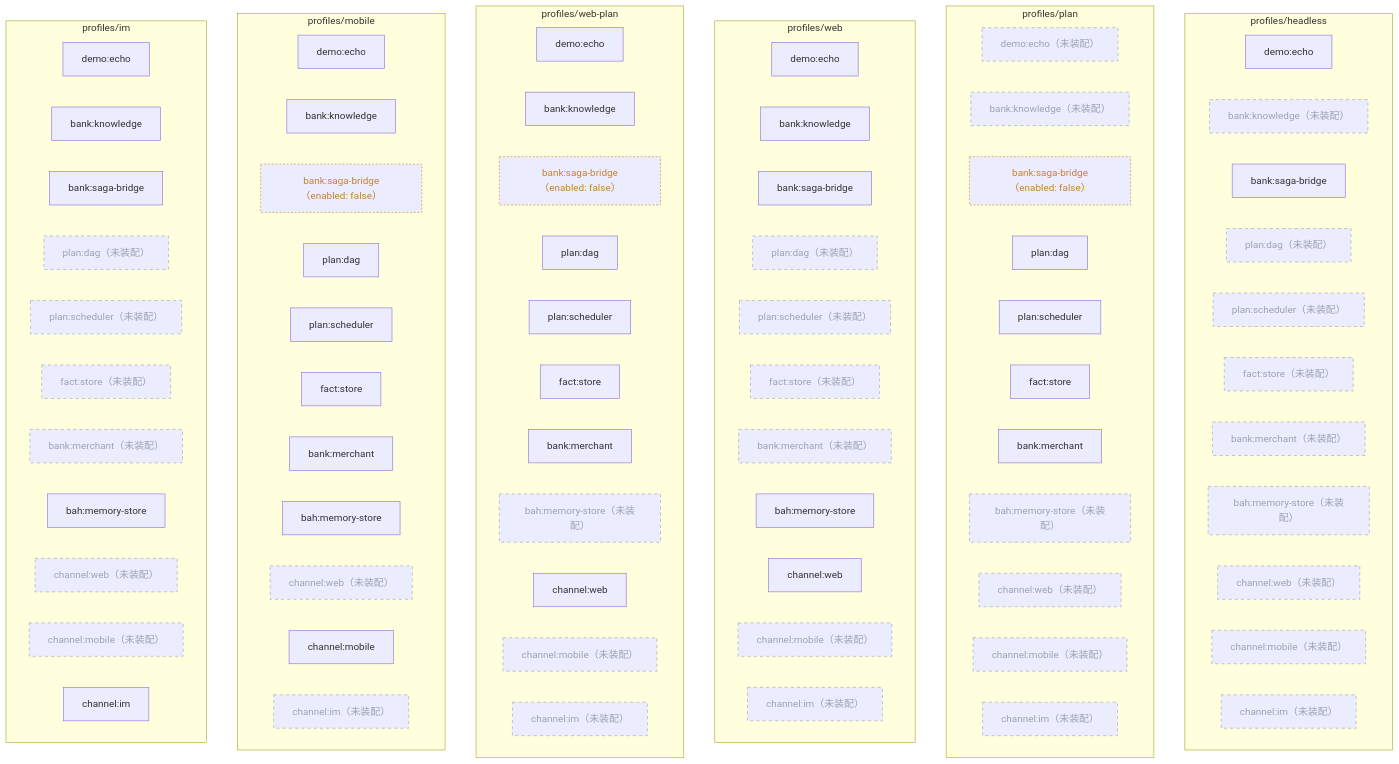
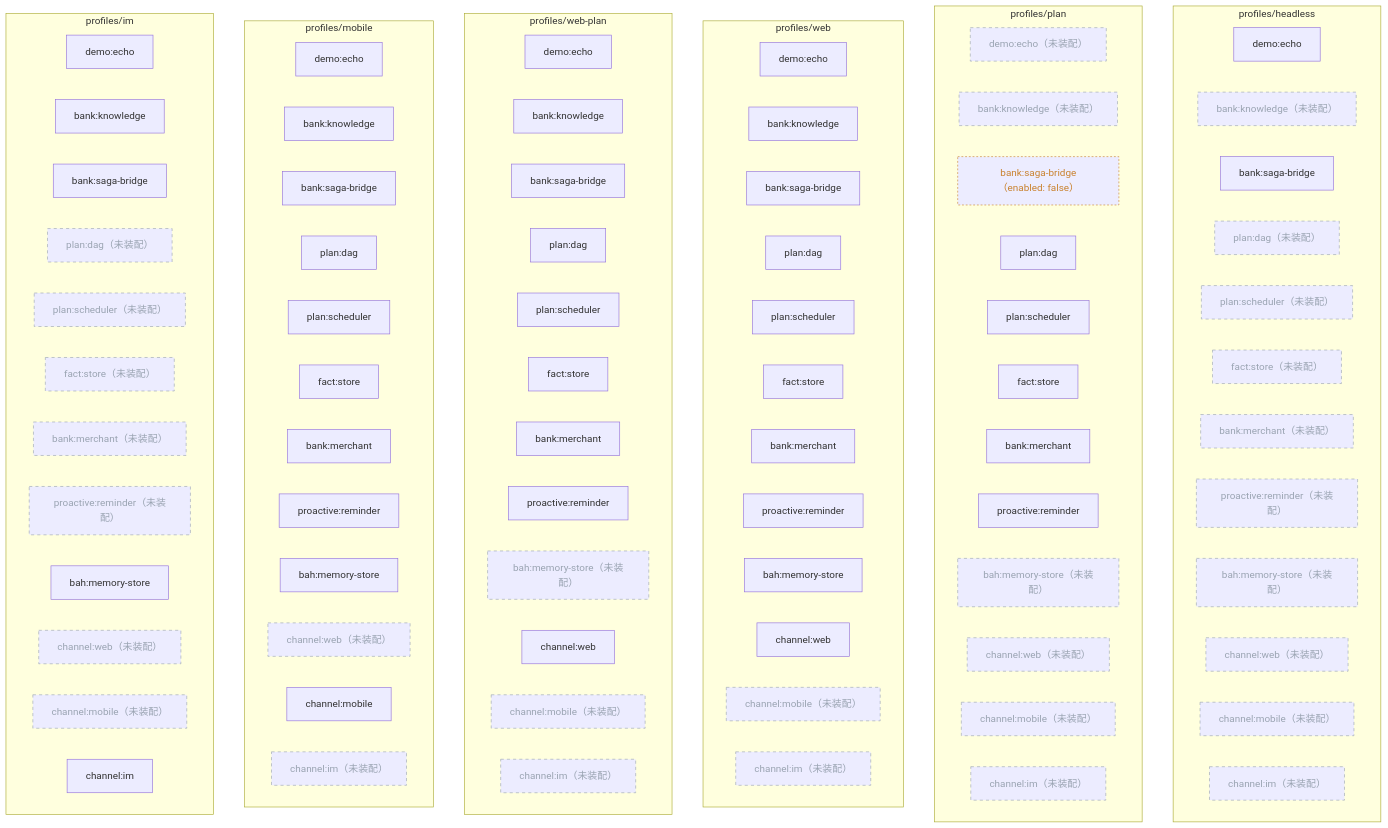
One commit to YYYPROBEE/BAH changed the second of 2 diagrams in docs/architecture.md. Above: the diagram before and after it, drawn with Mermaid. The commit also changed other lines of this file and 1009 other files, not shown here.

````diff
--- a/docs/architecture.md
+++ b/docs/architecture.md
@@ -229,10 +243,11 @@
     p21_headless["plan:scheduler（未装配）"]
     p22_headless["fact:store（未装配）"]
     p23_headless["bank:merchant（未装配）"]
-    p24_headless["bah:memory-store（未装配）"]
-    p27_headless["channel:web（未装配）"]
-    p28_headless["channel:mobile（未装配）"]
-    p30_headless["channel:im（未装配）"]
+    p24_headless["proactive:reminder（未装配）"]
+    p25_headless["bah:memory-store（未装配）"]
+    p28_headless["channel:web（未装配）"]
+    p29_headless["channel:mobile（未装配）"]
+    p31_headless["channel:im（未装配）"]
   end
   subgraph P_plan["profiles/plan"]
     p8_plan["demo:echo（未装配）"]
@@ -242,49 +257,53 @@
     p21_plan["plan:scheduler"]
     p22_plan["fact:store"]
     p23_plan["bank:merchant"]
-    p24_plan["bah:memory-store（未装配）"]
-    p27_plan["channel:web（未装配）"]
-    p28_plan["channel:mobile（未装配）"]
-    p30_plan["channel:im（未装配）"]
+    p24_plan["proactive:reminder"]
+    p25_plan["bah:memory-store（未装配）"]
+    p28_plan["channel:web（未装配）"]
+    p29_plan["channel:mobile（未装配）"]
+    p31_plan["channel:im（未装配）"]
   end
   subgraph P_web["profiles/web"]
     p8_web["demo:echo"]
     p11_web["bank:knowledge"]
     p19_web["bank:saga-bridge"]
-    p20_web["plan:dag（未装配）"]
-    p21_web["plan:scheduler（未装配）"]
-    p22_web["fact:store（未装配）"]
-    p23_web["bank:merchant（未装配）"]
-    p24_web["bah:memory-store"]
-    p27_web["channel:web"]
-    p28_web["channel:mobile（未装配）"]
-    p30_web["channel:im（未装配）"]
+    p20_web["plan:dag"]
+    p21_web["plan:scheduler"]
+    p22_web["fact:store"]
+    p23_web["bank:merchant"]
+    p24_web["proactive:reminder"]
+    p25_web["bah:memory-store"]
+    p28_web["channel:web"]
+    p29_web["channel:mobile（未装配）"]
+    p31_web["channel:im（未装配）"]
   end
   subgraph P_web-plan["profiles/web-plan"]
     p8_web-plan["demo:echo"]
     p11_web-plan["bank:knowledge"]
-    p19_web-plan["bank:saga-bridge（enabled: false）"]
+    p19_web-plan["bank:saga-bridge"]
     p20_web-plan["plan:dag"]
     p21_web-plan["plan:scheduler"]
     p22_web-plan["fact:store"]
     p23_web-plan["bank:merchant"]
-    p24_web-plan["bah:memory-store（未装配）"]
-    p27_web-plan["channel:web"]
-    p28_web-plan["channel:mobile（未装配）"]
-    p30_web-plan["channel:im（未装配）"]
+    p24_web-plan["proactive:reminder"]
+    p25_web-plan["bah:memory-store（未装配）"]
+    p28_web-plan["channel:web"]
+    p29_web-plan["channel:mobile（未装配）"]
+    p31_web-plan["channel:im（未装配）"]
   end
   subgraph P_mobile["profiles/mobile"]
     p8_mobile["demo:echo"]
     p11_mobile["bank:knowledge"]
-    p19_mobile["bank:saga-bridge（enabled: false）"]
+    p19_mobile["bank:saga-bridge"]
     p20_mobile["plan:dag"]
     p21_mobile["plan:scheduler"]
     p22_mobile["fact:store"]
     p23_mobile["bank:merchant"]
-    p24_mobile["bah:memory-store"]
-    p27_mobile["channel:web（未装配）"]
-    p28_mobile["channel:mobile"]
-    p30_mobile["channel:im（未装配）"]
+    p24_mobile["proactive:reminder"]
+    p25_mobile["bah:memory-store"]
+    p28_mobile["channel:web（未装配）"]
+    p29_mobile["channel:mobile"]
+    p31_mobile["channel:im（未装配）"]
   end
   subgraph P_im["profiles/im"]
     p8_im["demo:echo"]
@@ -294,13 +313,14 @@
     p21_im["plan:scheduler（未装配）"]
     p22_im["fact:store（未装配）"]
     p23_im["bank:merchant（未装配）"]
-    p24_im["bah:memory-store"]
-    p27_im["channel:web（未装配）"]
-    p28_im["channel:mobile（未装配）"]
-    p30_im["channel:im"]
+    p24_im["proactive:reminder（未装配）"]
+    p25_im["bah:memory-store"]
+    p28_im["channel:web（未装配）"]
+    p29_im["channel:mobile（未装配）"]
+    p31_im["channel:im"]
   end
   classDef ghost stroke-dasharray: 5 5,stroke:#9aa4b2,color:#9aa4b2
   classDef off stroke-dasharray: 3 3,stroke:#c9822f,color:#c9822f
-  class p11_headless,p20_headless,p21_headless,p22_headless,p23_headless,p24_headless,p27_headless,p28_headless,p30_headless,p8_plan,p11_plan,p24_plan,p27_plan,p28_plan,p30_plan,p20_web,p21_web,p22_web,p23_web,p28_web,p30_web,p24_web-plan,p28_web-plan,p30_web-plan,p27_mobile,p30_mobile,p20_im,p21_im,p22_im,p23_im,p27_im,p28_im ghost
-  class p19_plan,p19_web-plan,p19_mobile off
+  class p11_headless,p20_headless,p21_headless,p22_headless,p23_headless,p24_headless,p25_headless,p28_headless,p29_headless,p31_headless,p8_plan,p11_plan,p25_plan,p28_plan,p29_plan,p31_plan,p29_web,p31_web,p25_web-plan,p29_web-plan,p31_web-plan,p28_mobile,p31_mobile,p20_im,p21_im,p22_im,p23_im,p24_im,p28_im,p29_im ghost
+  class p19_plan off
 ```
````
